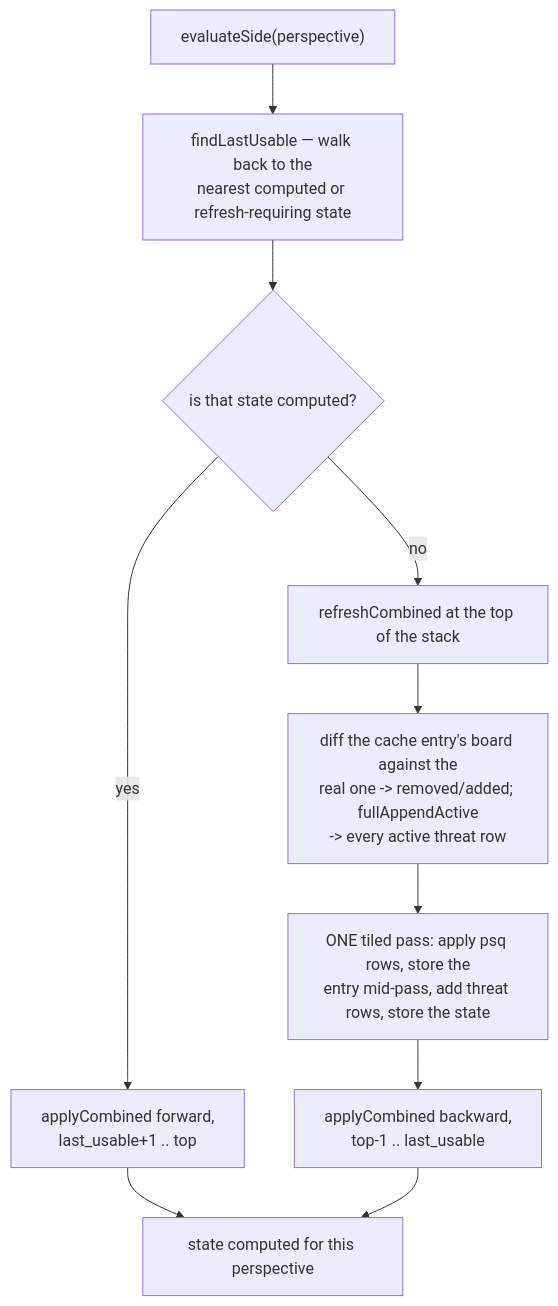
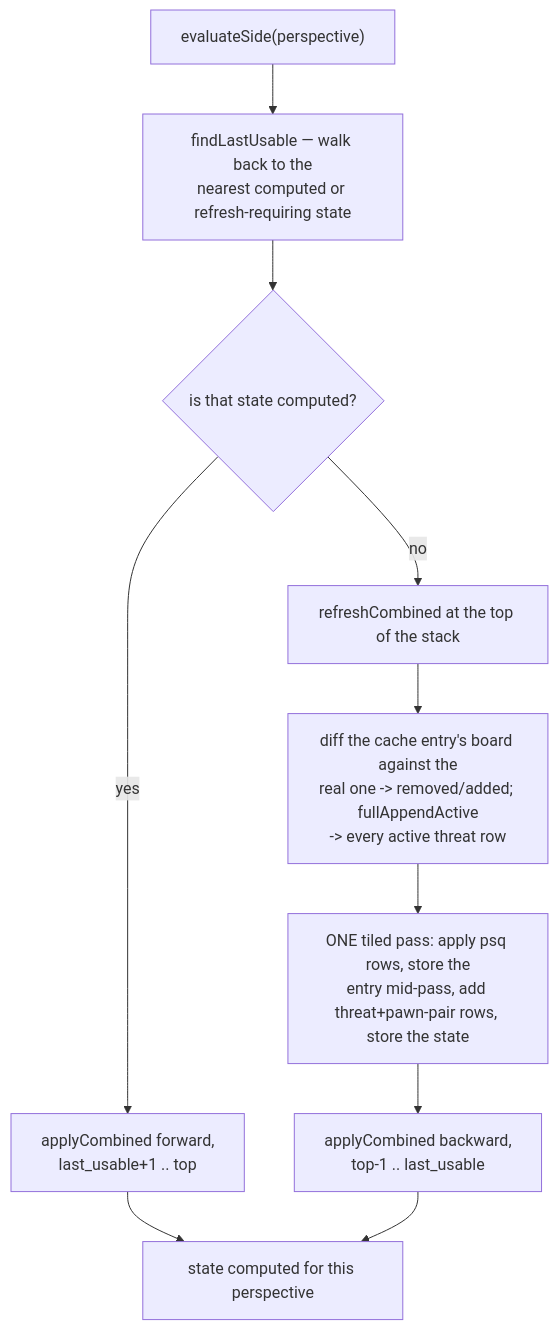
One commit to ppigazzini/zfish changed the diagram in docs/03-engine-eval.md. Above: the diagram before and after it, drawn with Mermaid. The commit also changed other lines of this file and 47 other files, not shown here.

````diff
--- a/docs/03-engine-eval.md
+++ b/docs/03-engine-eval.md
@@ -168,12 +179,12 @@
 ```mermaid
 flowchart TD
     A["evaluateSide(perspective)"] --> B["findLastUsable — walk back to the<br/>nearest computed or refresh-requiring state"]
     B --> C{"is that state computed?"}
     C -->|yes| D["applyCombined forward,<br/>last_usable+1 .. top"]
     C -->|no| E["refreshCombined at the top of the stack"]
     E --> E1["diff the cache entry's board against the<br/>real one -> removed/added; fullAppendActive<br/>-> every active threat row"]
-    E1 --> E2["ONE tiled pass: apply psq rows, store the<br/>entry mid-pass, add threat rows, store the state"]
+    E1 --> E2["ONE tiled pass: apply psq rows, store the<br/>entry mid-pass, add threat+pawn-pair rows, store the state"]
     E2 --> F["applyCombined backward,<br/>top-1 .. last_usable"]
     D --> G["state computed for this perspective"]
     F --> G
 ```
````
